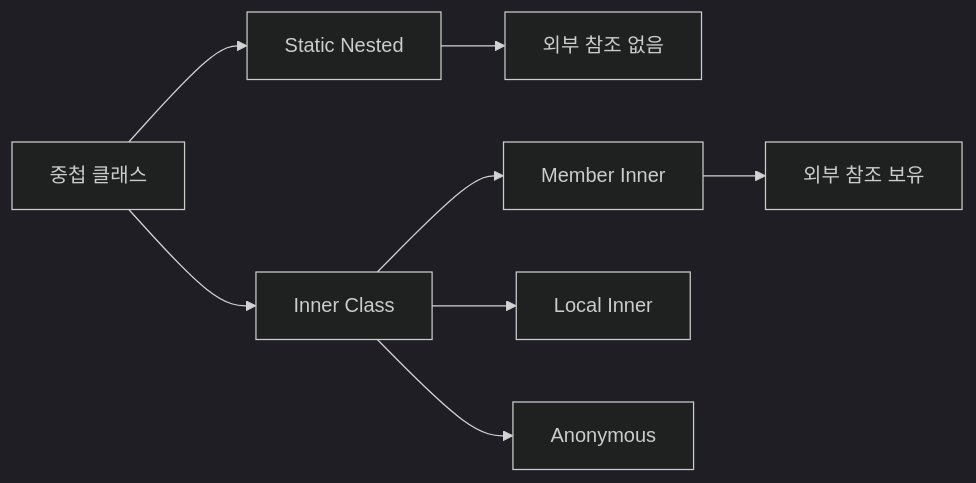
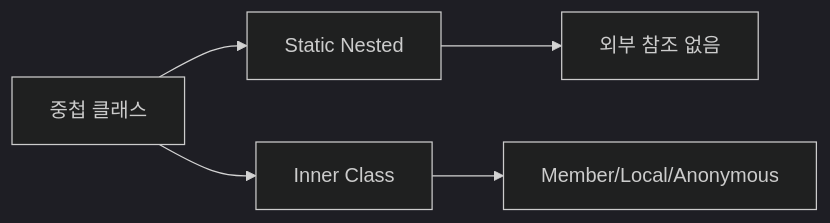
The first of 3 diagrams in _posts/java/2026-05-01-java-nested-class.md (yjkim2015/yjkim2015.github.io), drawn with Mermaid (dark theme) before and after one commit. The commit also changed other lines of this file and 163 other files, not shown here.

First line of the commit message:
Mermaid 300개 블록 내용 축소: 5노드 5엣지 이하, 의미 있는 약어

````diff
--- a/_posts/java/2026-05-01-java-nested-class.md
+++ b/_posts/java/2026-05-01-java-nested-class.md
@@ -20,8 +20,7 @@
 ```mermaid
 graph LR
     A["중첩 클래스"] --> B["Static Nested"]
     A --> C["Inner Class"]
     B --> B1["외부 참조 없음"]
-    C --> D["Member Inner"] & E["Local Inner"] & F["Anonymous"]
-    D --> D1["외부 참조 보유"]
+    C --> D["Member/Local/Anonymous"]
 ```
````
